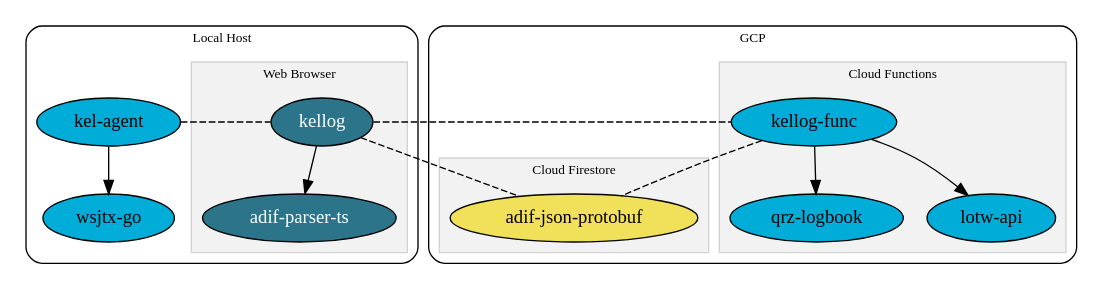
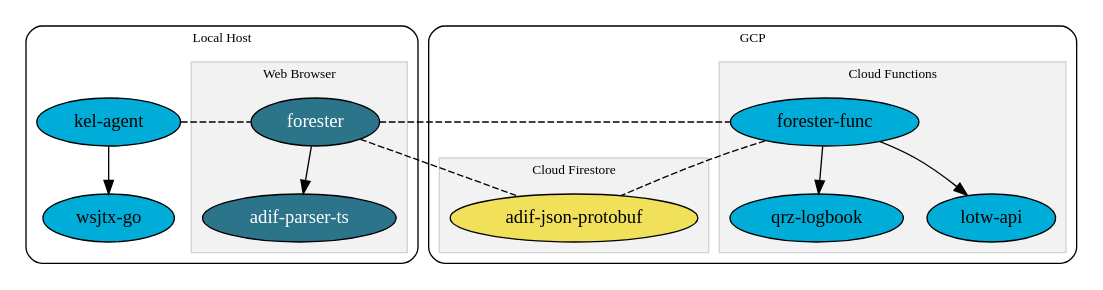
One commit to k0swe/docs changed the diagram in architecture.dot. Above: the diagram before and after it, drawn with Graphviz. The commit also changed 2 other files, not shown here.

Commit message:
Update K0SWE org docs

```diff
--- a/architecture.dot
+++ b/architecture.dot
@@ -1,64 +1,64 @@
 digraph {
     graph [truecolor = true bgcolor = "#ffffff00"]
     newrank = true;
 
     subgraph clusterComputer {
         graph [truecolor = true bgcolor = "gray100"]
         label = "Local Host";
         style = rounded;
         fontsize = 10;
 
         subgraph clusterBrowser {
             label = "Web Browser";
             fontsize = 10;
             color = lightgrey;
             style=filled;
             fillcolor = "grey95";
 
-            kellog [URL="https://github.com/k0swe/kellog"; style=filled; fillcolor="#2b7489"; fontcolor=white]
+            forester [URL="https://github.com/k0swe/forester"; style=filled; fillcolor="#2b7489"; fontcolor=white]
             adifparserts [label = "adif-parser-ts"; URL="https://github.com/k0swe/adif-parser-ts"; style=filled; fillcolor="#2b7489"; fontcolor=white]
-            kellog -> adifparserts
+            forester -> adifparserts
         };
         agent [label = "kel-agent"; URL="https://github.com/k0swe/kel-agent"; style=filled; fillcolor="#00ADD8"]
         wsjtxgo [label = "wsjtx-go"; URL="https://github.com/k0swe/wsjtx-go"; style=filled; fillcolor="#00ADD8"]
         agent -> wsjtxgo
     }
 
     subgraph clusterGCP {
         graph [truecolor = true bgcolor = "gray100"]
         label = "GCP";
         style = rounded;
         fontsize = 10;
 
         subgraph clusterGCF {
             label = "Cloud Functions";
             fontsize = 10;
             color = lightgrey;
             style=filled;
             fillcolor = "grey95";
 
-            func [label = "kellog-func"; URL="https://github.com/k0swe/kellog-func"; style=filled; fillcolor="#00ADD8"]
+            func [label = "forester-func"; URL="https://github.com/k0swe/forester-func"; style=filled; fillcolor="#00ADD8"]
             qrzlogbook [label = "qrz-logbook"; URL="https://github.com/k0swe/qrz-logbook"; style=filled; fillcolor="#00ADD8"]
             lotwapi [label = "lotw-api"; URL="https://github.com/k0swe/lotw-api"; style=filled; fillcolor="#00ADD8"]
             func -> qrzlogbook
             func -> lotwapi
         };
 
         subgraph clusterFirebase {
             label = "Cloud Firestore";
             fontsize = 10;
             color = lightgrey;
             style=filled;
             fillcolor = "grey95";
             adifjson [label = "adif-json-protobuf"; URL="https://github.com/k0swe/adif-json-protobuf"; style=filled; fillcolor="#f1e05a"]
         };
     };
 
     edge [style = dashed; dir = none;]
-    {rank = same; kellog; agent; func}
+    {rank = same; forester; agent; func}
 
-    agent -> kellog;
-    kellog -> adifjson;
-    kellog -> func;
+    agent -> forester;
+    forester -> adifjson;
+    forester -> func;
     func -> adifjson;
 }
```
